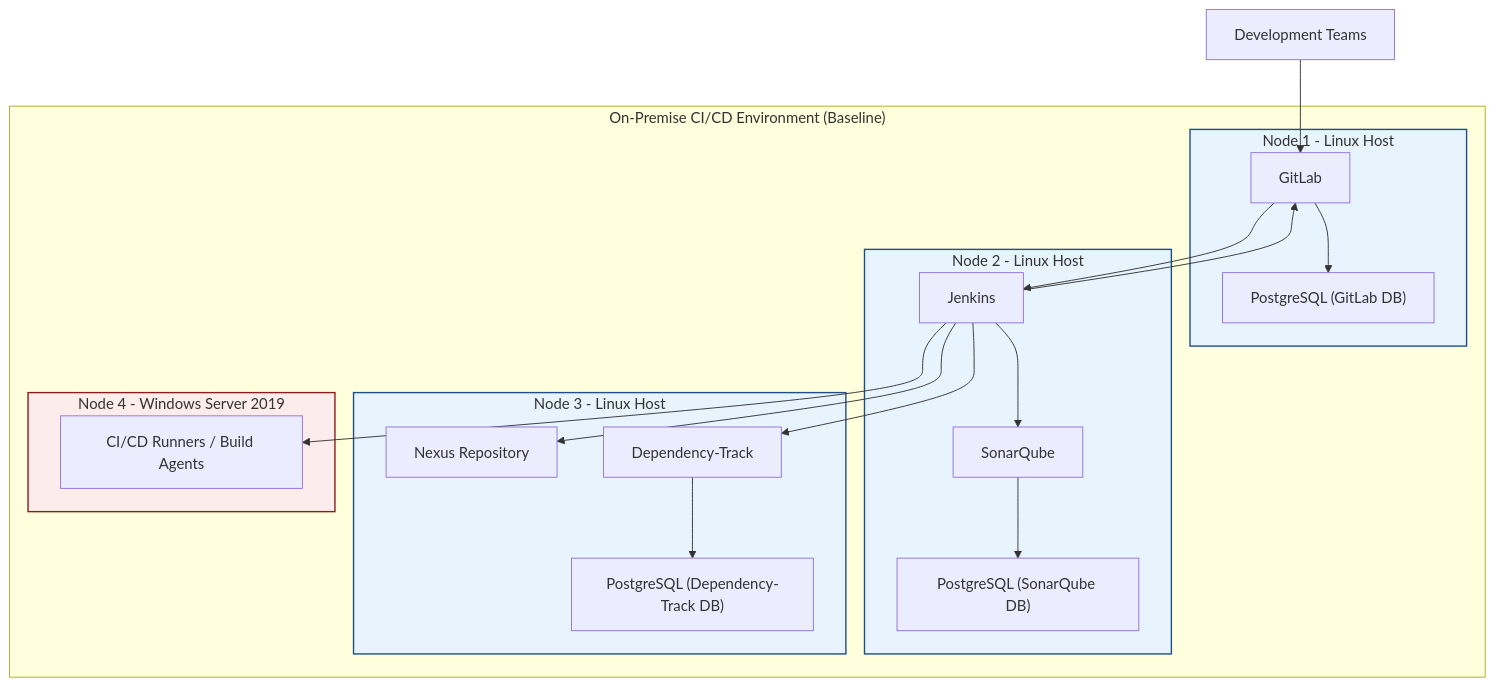
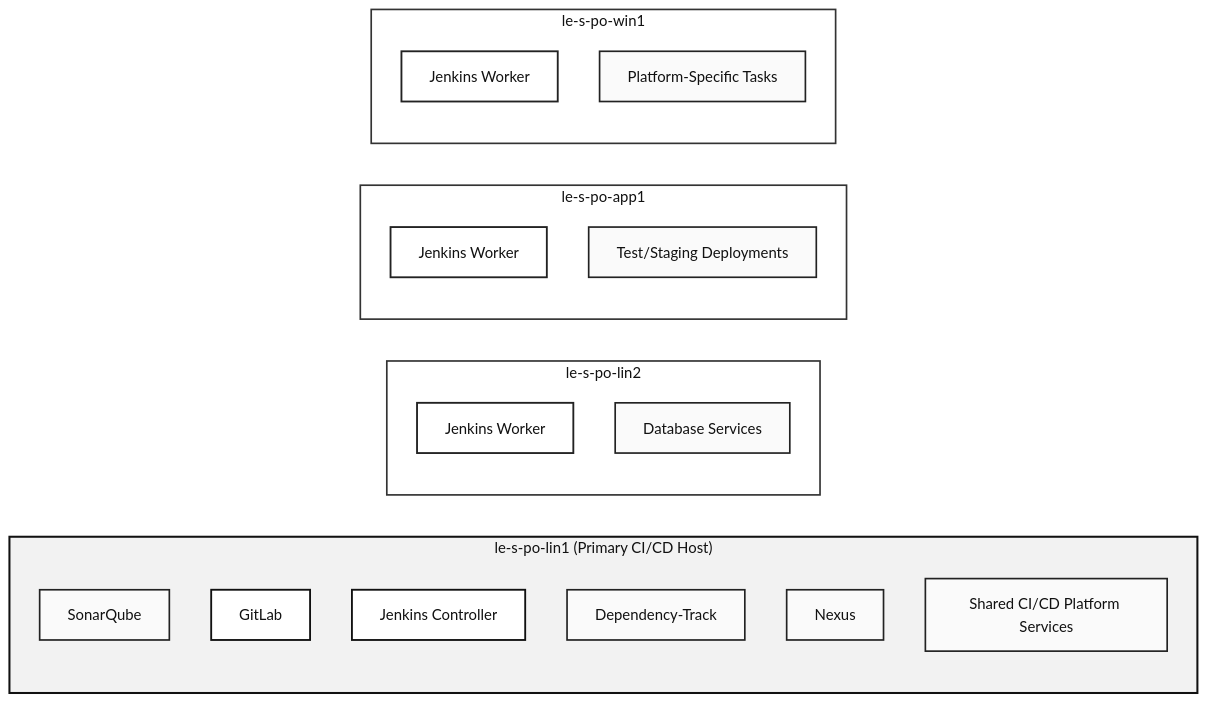
Before and after one commit to edumi8/DMEI: the diagram in ch2_current_state/assets/baseline-architecture.mmd, drawn with Mermaid. The commit also changed 8 other files, not shown here.

```diff
--- a/ch2_current_state/assets/baseline-architecture.mmd
+++ b/ch2_current_state/assets/baseline-architecture.mmd
@@ -1,41 +1,44 @@
-flowchart TB
-    subgraph ENV["On-Premise CI/CD Environment (Baseline)"]
-        subgraph N1["Node 1 - Linux Host"]
-            GITLAB["GitLab"]
-            GITLAB_DB["PostgreSQL (GitLab DB)"]
-        end
-
-        subgraph N2["Node 2 - Linux Host"]
-            JENKINS["Jenkins"]
-            SONAR["SonarQube"]
-            SONAR_DB["PostgreSQL (SonarQube DB)"]
-        end
-
-        subgraph N3["Node 3 - Linux Host"]
-            NEXUS["Nexus Repository"]
-            DEPTRACK["Dependency-Track"]
-            DEPTRACK_DB["PostgreSQL (Dependency-Track DB)"]
-        end
-
-        subgraph N4["Node 4 - Windows Server 2019"]
-            RUNNERS["CI/CD Runners / Build Agents"]
-        end
+%%{init: {"theme": "base", "themeVariables": {"fontSize": "16px", "primaryColor": "#FFFFFF", "primaryTextColor": "#111111", "lineColor": "#111111", "fontFamily": "Arial"}, "flowchart": {"curve": "linear", "nodeSpacing": 45, "rankSpacing": 65}} }%%
+flowchart LR
+    subgraph LIN1["le-s-po-lin1 (Primary CI/CD Host)"]
+        direction TB
+        SONAR["SonarQube"]
+        GITLAB["GitLab"]
+        JENKINS["Jenkins Controller"]
+        DEPTRACK["Dependency-Track"]
+        NEXUS["Nexus"]
+        PLATFORM["Shared CI/CD Platform Services"]
     end
 
-    DEV["Development Teams"] --> GITLAB
-    %% setas unicas para cada lado
-    GITLAB --> JENKINS
-    JENKINS --> GITLAB
-    JENKINS --> SONAR
-    JENKINS --> NEXUS
-    JENKINS --> DEPTRACK
-    JENKINS --> RUNNERS
+    subgraph LIN2["le-s-po-lin2"]
+        direction TB
+        W_LIN2["Jenkins Worker"]
+        DB_LIN2["Database Services"]
+    end
 
-    GITLAB --> GITLAB_DB
-    SONAR --> SONAR_DB
-    DEPTRACK --> DEPTRACK_DB
+    subgraph APP1["le-s-po-app1"]
+        direction TB
+        W_APP1["Jenkins Worker"]
+        STAGE_APP1["Test/Staging Deployments"]
+    end
 
-    classDef linux fill:#E8F4FD,stroke:#1D4E89,stroke-width:1.5px;
-    classDef windows fill:#FDECEC,stroke:#8A1D1D,stroke-width:1.5px;
-    class N1,N2,N3 linux;
-    class N4 windows;
+    subgraph WIN1["le-s-po-win1"]
+        direction TB
+        W_WIN1["Jenkins Worker"]
+        WIN_TASKS["Platform-Specific Tasks"]
+    end
+
+    classDef core fill:#F2F2F2,stroke:#111111,stroke-width:2.2px,color:#111111;
+    classDef workers fill:#FFFFFF,stroke:#333333,stroke-width:1.8px,color:#111111;
+    classDef control fill:#FFFFFF,stroke:#111111,stroke-width:2px,color:#111111;
+    classDef service fill:#FAFAFA,stroke:#222222,stroke-width:1.8px,color:#111111;
+    classDef workerNode fill:#FFFFFF,stroke:#222222,stroke-width:2px,color:#111111;
+    classDef envNode fill:#F7F7F7,stroke:#444444,stroke-dasharray: 4 2,stroke-width:1.8px,color:#111111;
+
+    class LIN1 core;
+    class APP1,LIN2,WIN1 workers;
+    class GITLAB,JENKINS control;
+    class SONAR,DEPTRACK,NEXUS,PLATFORM,DB_LIN2,STAGE_APP1,WIN_TASKS service;
+    class W_LIN2,W_APP1,W_WIN1 workerNode;
+    class ENVS workers;
+    class ENV1,ENV2,ENVN envNode;
```
